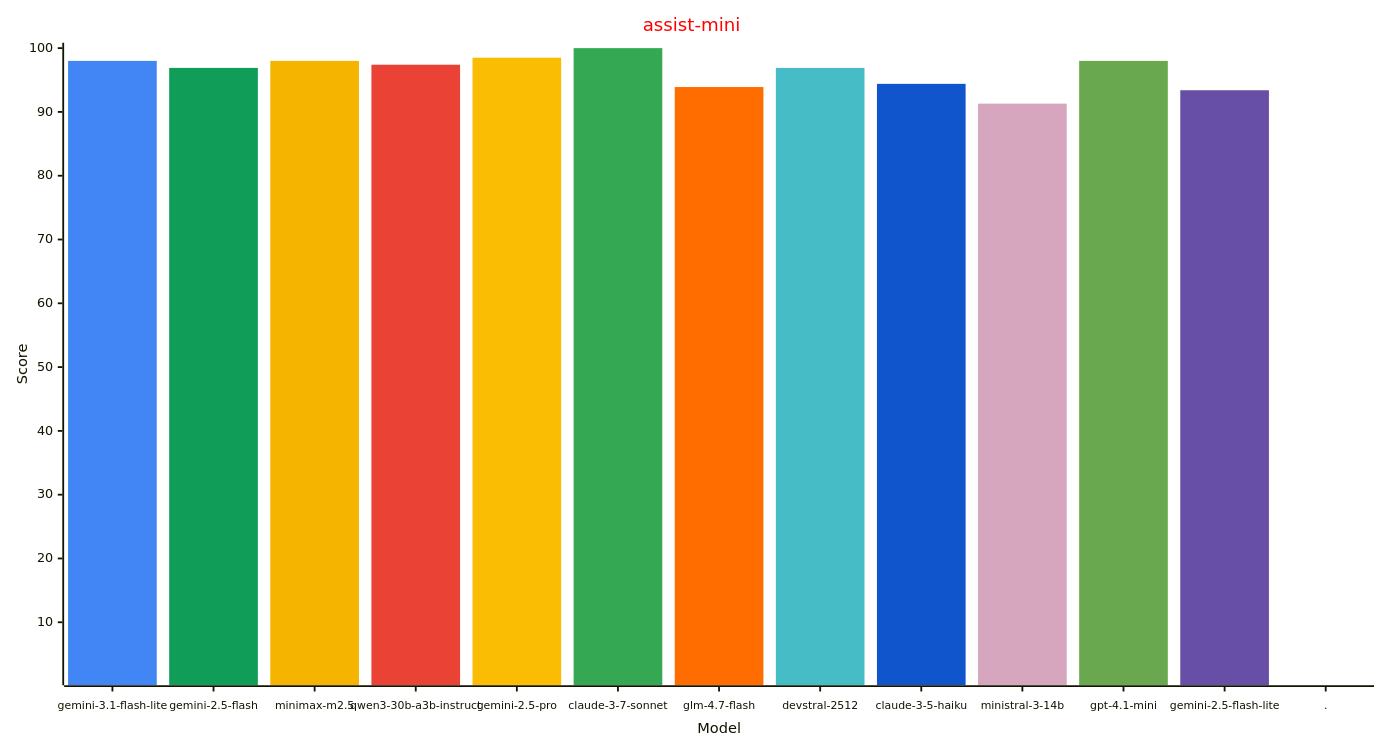
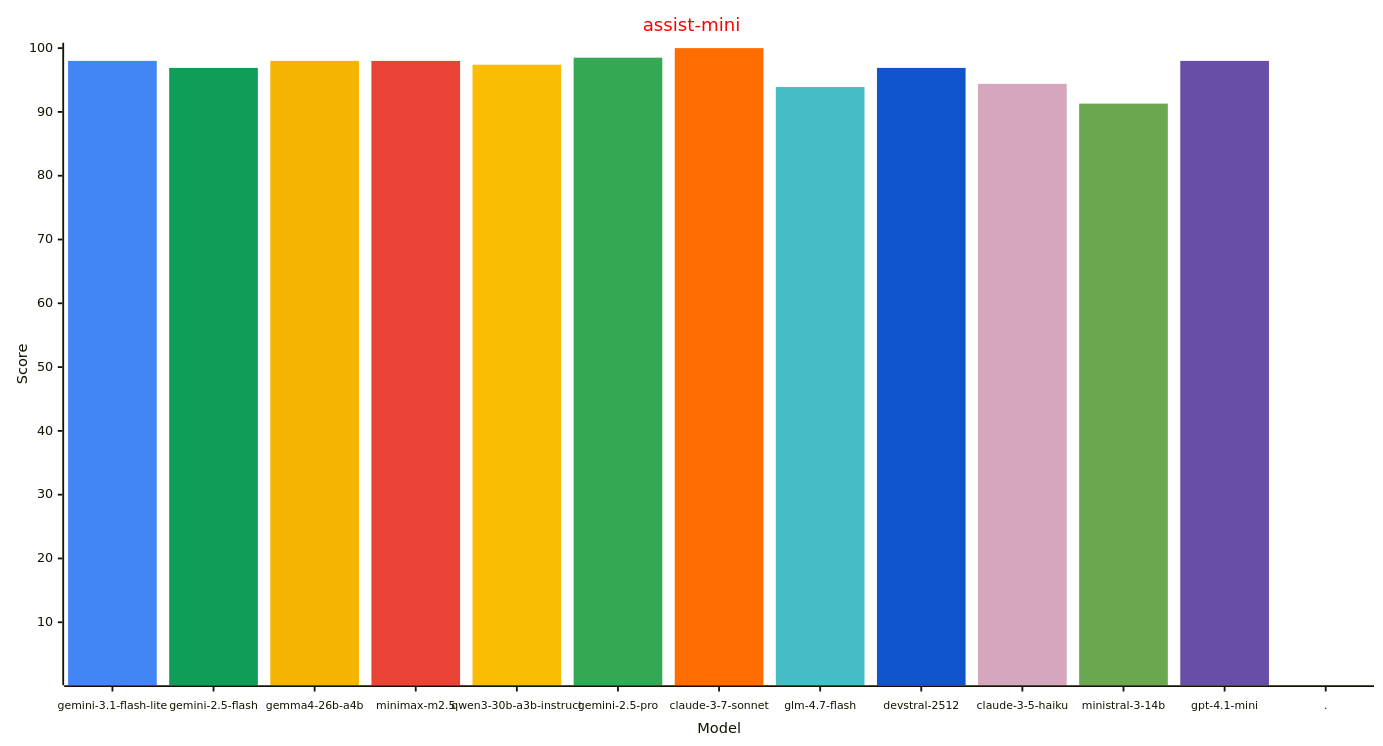
The second of 4 diagrams in reports/README.md (allenporter/home-assistant-datasets), drawn with Mermaid before and after one commit. The commit also changed other lines of this file, not shown here.

````diff
--- a/reports/README.md
+++ b/reports/README.md
@@ -117,33 +118,33 @@
 ```mermaid
 ---
 config:
     xyChart:
         width: 1500
         height: 800
         xAxis:
           labelFontSize: 12
           labelPadding: 8
     themeVariables:
         xyChart:
             titleColor: "#ff0000"
             plotColorPalette: "#4285f4, #0f9d58, #f4b400, #ea4335, #fbbc04, #34a853, #ff6d01, #46bdc6, #1155cc, #d5a6bd, #6aa84f, #674ea7, #4285f4"
 
 ---
 xychart-beta
   title "assist-mini"
-  x-axis "Model" [gemini-3.1-flash-lite, gemini-2.5-flash, minimax-m2.5, qwen3-30b-a3b-instruct, gemini-2.5-pro, claude-3-7-sonnet, glm-4.7-flash, devstral-2512, claude-3-5-haiku, ministral-3-14b, gpt-4.1-mini, gemini-2.5-flash-lite, .]
+  x-axis "Model" [gemini-3.1-flash-lite, gemini-2.5-flash, gemma4-26b-a4b, minimax-m2.5, qwen3-30b-a3b-instruct, gemini-2.5-pro, claude-3-7-sonnet, glm-4.7-flash, devstral-2512, claude-3-5-haiku, ministral-3-14b, gpt-4.1-mini, .]
   y-axis "Score" 1 --> 100
   bar [98.0, 0.0, 0.0, 0.0, 0.0, 0.0, 0.0, 0.0, 0.0, 0.0, 0.0, 0.0, 0.0]
   bar [0.0, 96.9, 0.0, 0.0, 0.0, 0.0, 0.0, 0.0, 0.0, 0.0, 0.0, 0.0, 0.0]
   bar [0.0, 0.0, 98.0, 0.0, 0.0, 0.0, 0.0, 0.0, 0.0, 0.0, 0.0, 0.0, 0.0]
-  bar [0.0, 0.0, 0.0, 97.4, 0.0, 0.0, 0.0, 0.0, 0.0, 0.0, 0.0, 0.0, 0.0]
-  bar [0.0, 0.0, 0.0, 0.0, 98.5, 0.0, 0.0, 0.0, 0.0, 0.0, 0.0, 0.0, 0.0]
-  bar [0.0, 0.0, 0.0, 0.0, 0.0, 100.0, 0.0, 0.0, 0.0, 0.0, 0.0, 0.0, 0.0]
-  bar [0.0, 0.0, 0.0, 0.0, 0.0, 0.0, 93.9, 0.0, 0.0, 0.0, 0.0, 0.0, 0.0]
-  bar [0.0, 0.0, 0.0, 0.0, 0.0, 0.0, 0.0, 96.9, 0.0, 0.0, 0.0, 0.0, 0.0]
-  bar [0.0, 0.0, 0.0, 0.0, 0.0, 0.0, 0.0, 0.0, 94.4, 0.0, 0.0, 0.0, 0.0]
-  bar [0.0, 0.0, 0.0, 0.0, 0.0, 0.0, 0.0, 0.0, 0.0, 91.3, 0.0, 0.0, 0.0]
-  bar [0.0, 0.0, 0.0, 0.0, 0.0, 0.0, 0.0, 0.0, 0.0, 0.0, 98.0, 0.0, 0.0]
-  bar [0.0, 0.0, 0.0, 0.0, 0.0, 0.0, 0.0, 0.0, 0.0, 0.0, 0.0, 93.4, 0.0]
+  bar [0.0, 0.0, 0.0, 98.0, 0.0, 0.0, 0.0, 0.0, 0.0, 0.0, 0.0, 0.0, 0.0]
+  bar [0.0, 0.0, 0.0, 0.0, 97.4, 0.0, 0.0, 0.0, 0.0, 0.0, 0.0, 0.0, 0.0]
+  bar [0.0, 0.0, 0.0, 0.0, 0.0, 98.5, 0.0, 0.0, 0.0, 0.0, 0.0, 0.0, 0.0]
+  bar [0.0, 0.0, 0.0, 0.0, 0.0, 0.0, 100.0, 0.0, 0.0, 0.0, 0.0, 0.0, 0.0]
+  bar [0.0, 0.0, 0.0, 0.0, 0.0, 0.0, 0.0, 93.9, 0.0, 0.0, 0.0, 0.0, 0.0]
+  bar [0.0, 0.0, 0.0, 0.0, 0.0, 0.0, 0.0, 0.0, 96.9, 0.0, 0.0, 0.0, 0.0]
+  bar [0.0, 0.0, 0.0, 0.0, 0.0, 0.0, 0.0, 0.0, 0.0, 94.4, 0.0, 0.0, 0.0]
+  bar [0.0, 0.0, 0.0, 0.0, 0.0, 0.0, 0.0, 0.0, 0.0, 0.0, 91.3, 0.0, 0.0]
+  bar [0.0, 0.0, 0.0, 0.0, 0.0, 0.0, 0.0, 0.0, 0.0, 0.0, 0.0, 98.0, 0.0]
   bar [0.0, 0.0, 0.0, 0.0, 0.0, 0.0, 0.0, 0.0, 0.0, 0.0, 0.0, 0.0, -1.0]
 ```
````
